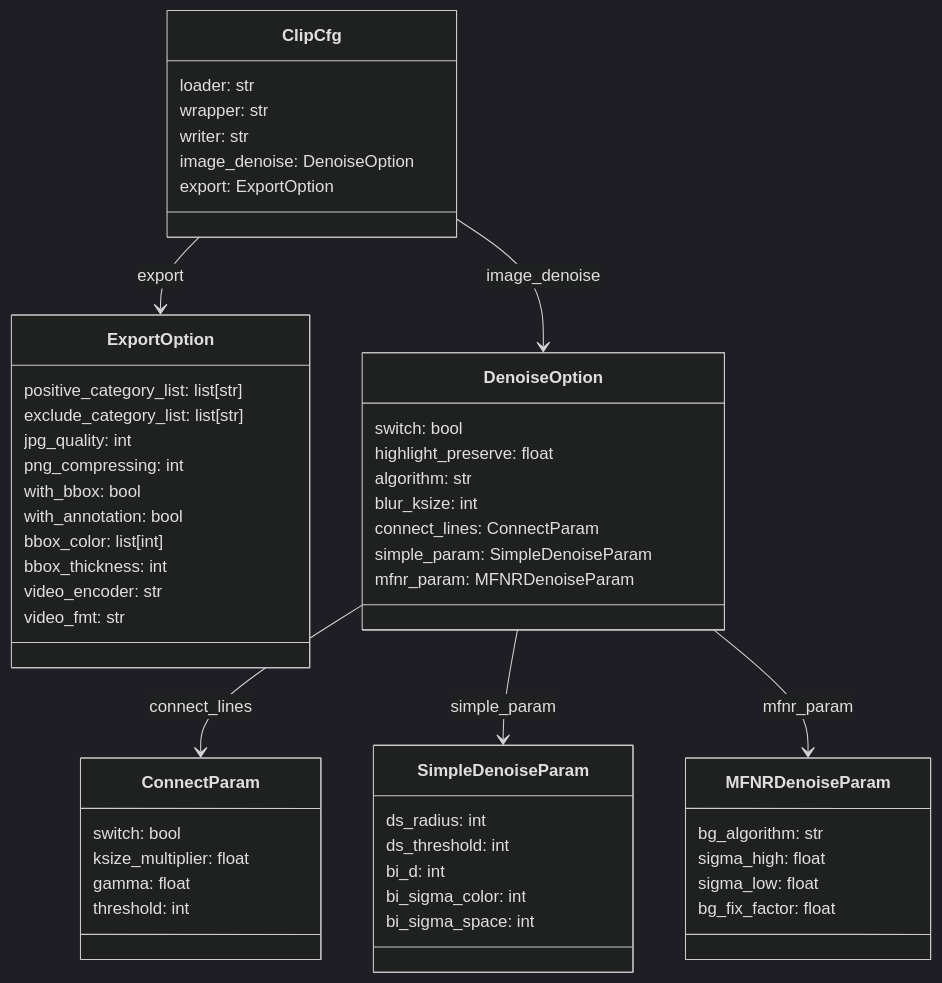
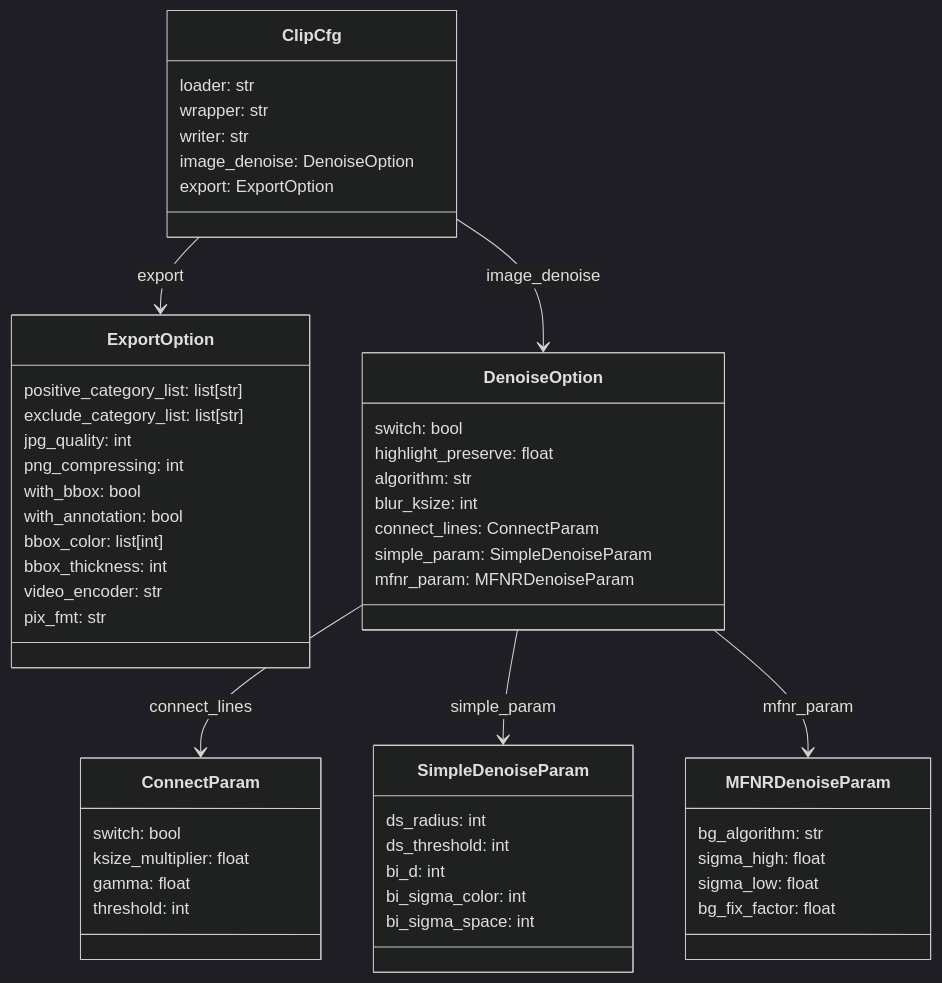
One commit to LilacMeteorObservatory/MetDetPy changed the second of 2 diagrams in docs/config-doc.md. Above: the diagram before and after it, drawn with Mermaid (dark theme). The commit also changed other lines of this file and 8 other files, not shown here.

````diff
--- a/docs/config-doc.md
+++ b/docs/config-doc.md
@@ -455,62 +455,62 @@
 ```mermaid
 classDiagram
 
 class ExportOption {
     positive_category_list: list[str]
     exclude_category_list: list[str]
     jpg_quality: int
     png_compressing: int
     with_bbox: bool
     with_annotation: bool
     bbox_color: list[int]
     bbox_thickness: int
     video_encoder: str
-    video_fmt: str
+    pix_fmt: str
 }
 
 class ConnectParam {
     switch: bool
     ksize_multiplier: float
     gamma: float
     threshold: int
 }
 
 class SimpleDenoiseParam {
     ds_radius: int
     ds_threshold: int
     bi_d: int
     bi_sigma_color: int
     bi_sigma_space: int
 }
 
 class MFNRDenoiseParam {
     bg_algorithm: str
     sigma_high: float
     sigma_low: float
     bg_fix_factor: float
 }
 
 class DenoiseOption {
     switch: bool
     highlight_preserve: float
     algorithm: str
     blur_ksize: int
     connect_lines: ConnectParam
     simple_param: SimpleDenoiseParam
     mfnr_param: MFNRDenoiseParam
 }
 
 class ClipCfg {
     loader: str
     wrapper: str
     writer: str
     image_denoise: DenoiseOption
     export: ExportOption
 }
 
 ClipCfg --> DenoiseOption : image_denoise
 ClipCfg --> ExportOption : export
 DenoiseOption --> ConnectParam : connect_lines
 DenoiseOption --> SimpleDenoiseParam : simple_param
 DenoiseOption --> MFNRDenoiseParam : mfnr_param
 ```
````
